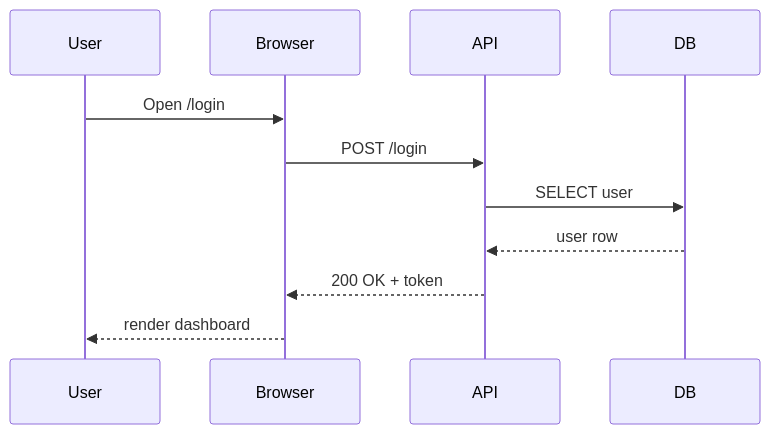
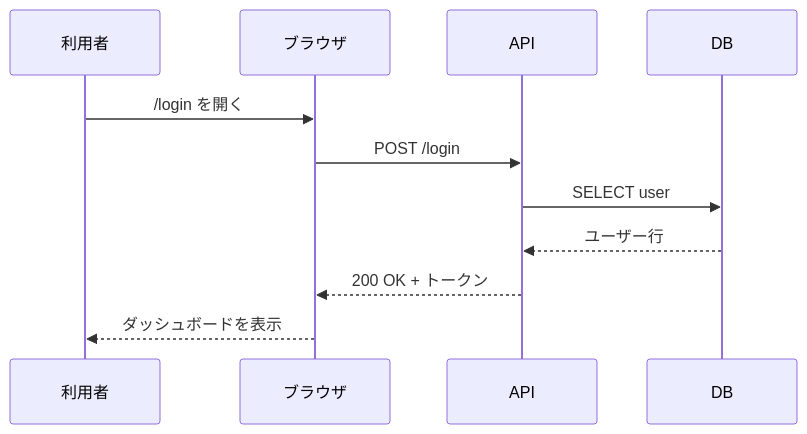
One commit to kohdice/mp-rs changed diagram 20 of 29 in examples/EXAMPLE_ja.md. Above: the diagram before and after it, drawn with Mermaid. The commit also changed other lines of this file and 1 other file, not shown here.

````diff
--- a/examples/EXAMPLE_ja.md
+++ b/examples/EXAMPLE_ja.md
@@ -247,14 +428,14 @@
 ```mermaid
 sequenceDiagram
-    participant U as User
-    participant B as Browser
+    participant U as 利用者
+    participant B as ブラウザ
     participant API
     participant DB
 
-    U->>B: Open /login
+    U->>B: /login を開く
     B->>API: POST /login
     API->>DB: SELECT user
-    DB-->>API: user row
-    API-->>B: 200 OK + token
-    B-->>U: render dashboard
+    DB-->>API: ユーザー行
+    API-->>B: 200 OK + トークン
+    B-->>U: ダッシュボードを表示
 ```
````
